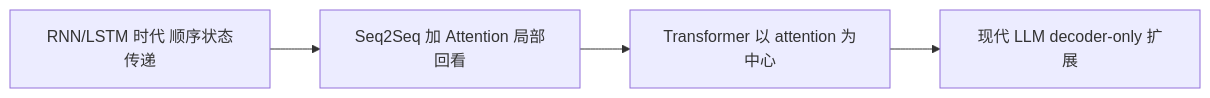
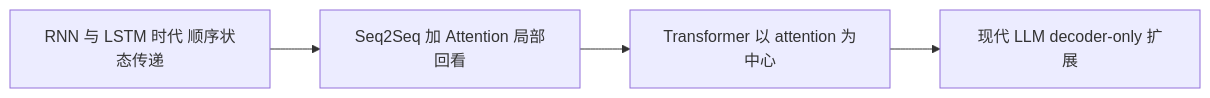
One commit to xiaoqianbaobao/ai-guide changed the third of 4 diagrams in docs/01-llm-foundations/chapter-01-why-transformer.md. Above: the diagram before and after it, drawn with Mermaid. The commit also changed 14 other files, not shown here.

Commit message:
修复前端mermaid语法错误问题

````diff
--- a/docs/01-llm-foundations/chapter-01-why-transformer.md
+++ b/docs/01-llm-foundations/chapter-01-why-transformer.md
@@ -124,6 +124,6 @@
 ```mermaid
 flowchart LR
-    A[RNN/LSTM 时代 顺序状态传递] --> B[Seq2Seq 加 Attention 局部回看]
+    A[RNN 与 LSTM 时代 顺序状态传递] --> B[Seq2Seq 加 Attention 局部回看]
     B --> C[Transformer 以 attention 为中心]
     C --> D[现代 LLM decoder-only 扩展]
 ```
````
